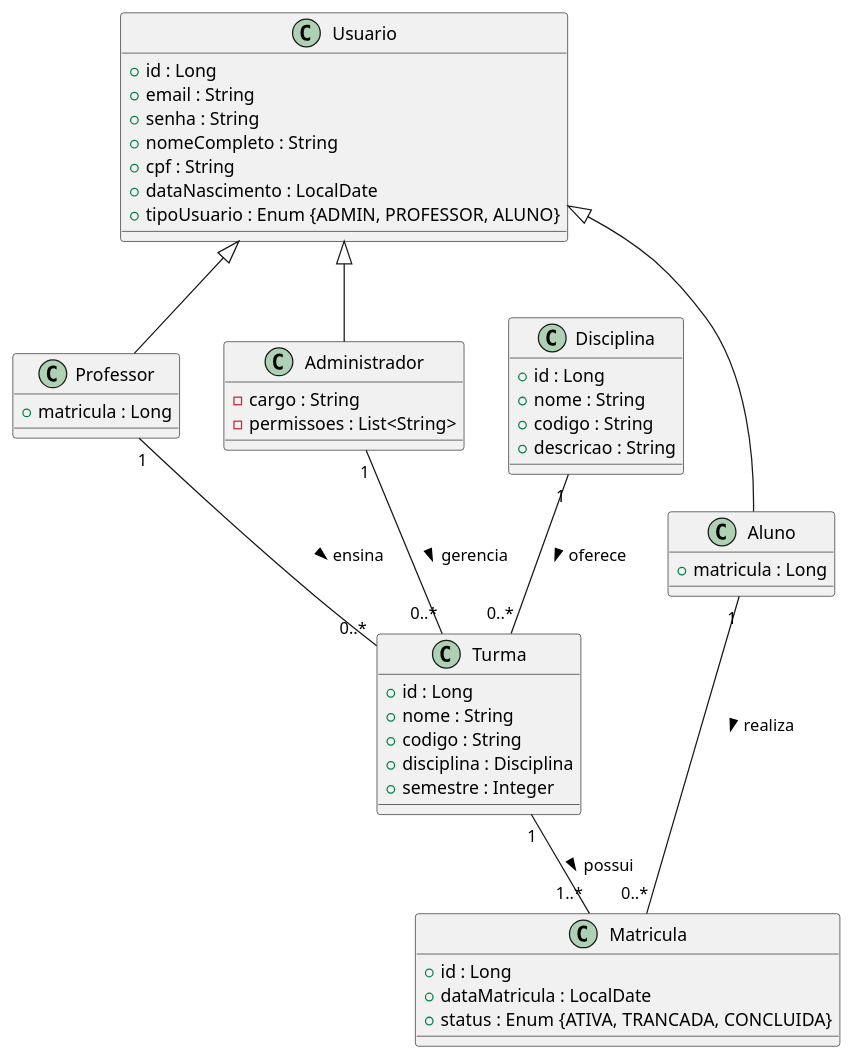
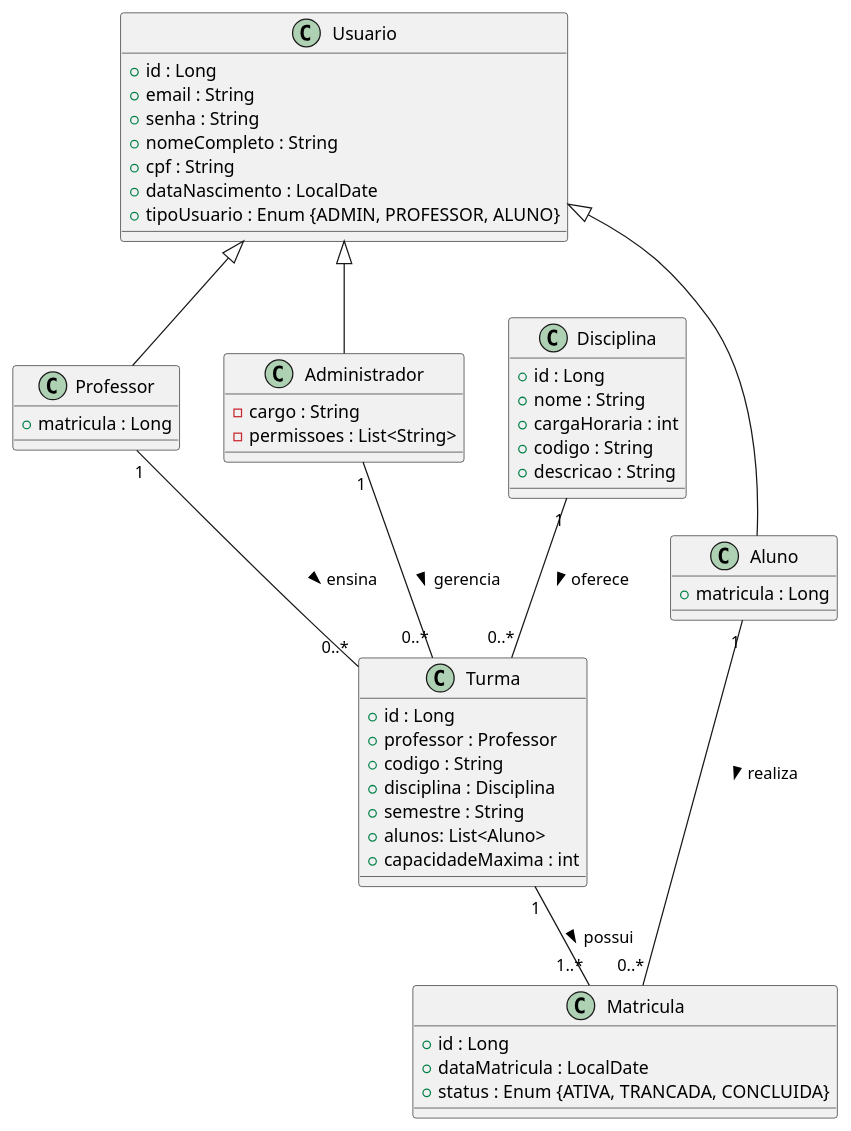
Before and after one commit to Framks/gestao_escolar_api: the diagram in docs/diagramas/diagrama_classes.puml, drawn with PlantUML. The commit also changed 26 other files, not shown here.

```diff
--- a/docs/diagramas/diagrama_classes.puml
+++ b/docs/diagramas/diagrama_classes.puml
@@ -1,65 +1,68 @@
 @startuml
 class Usuario {
   +id : Long
   +email : String
   +senha : String
   +nomeCompleto : String
   +cpf : String
   +dataNascimento : LocalDate
   +tipoUsuario : Enum {ADMIN, PROFESSOR, ALUNO}
 }
 
 class Administrador {
   -cargo : String
   -permissoes : List<String>
 }
 
 class Professor {
   +matricula : Long
 }
 
 class Aluno {
   +matricula : Long
 }
 
 class Disciplina {
   +id : Long
   +nome : String
+  +cargaHoraria : int
   +codigo : String
   +descricao : String
 }
 
 class Turma {
   +id : Long
-  +nome : String
+  +professor : Professor
   +codigo : String
   +disciplina : Disciplina
-  +semestre : Integer
+  +semestre : String
+  +alunos: List<Aluno>
+  +capacidadeMaxima : int
 }
 
 class Matricula {
   +id : Long
   +dataMatricula : LocalDate
   +status : Enum {ATIVA, TRANCADA, CONCLUIDA}
 }
 
 ' =====================
 ' Heranças
 ' =====================
 
 Usuario <|-- Administrador
 Usuario <|-- Professor
 Usuario <|-- Aluno
 
 ' =====================
 ' Relacionamentos
 ' =====================
 
 Disciplina "1" -- "0..*" Turma : oferece >
 Turma "1" -- "1..*" Matricula : possui >
 
 Aluno "1" -- "0..*" Matricula : realiza >
 Professor "1" -- "0..*" Turma : ensina >
 Administrador "1" -- "0..*" Turma : gerencia >
 
 @enduml
```
